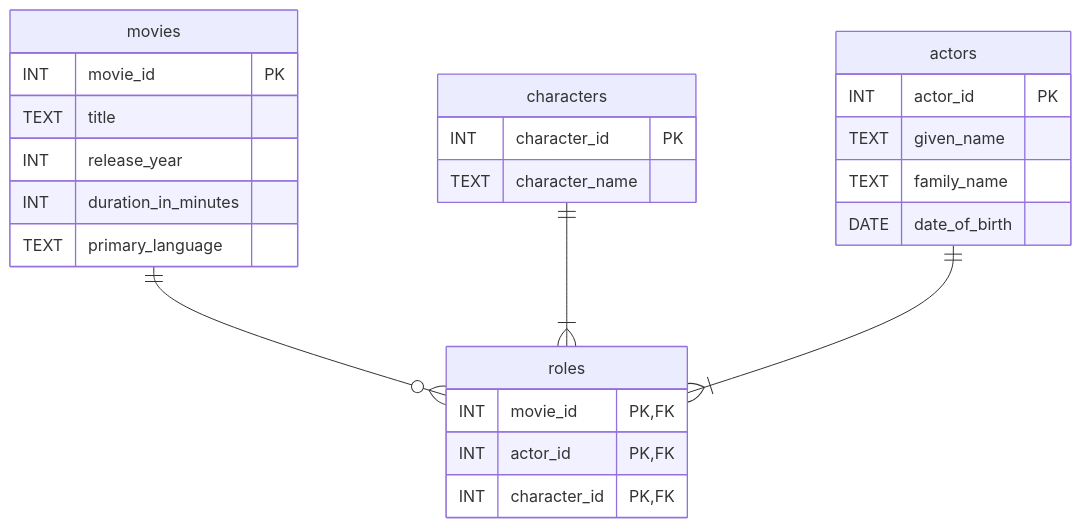
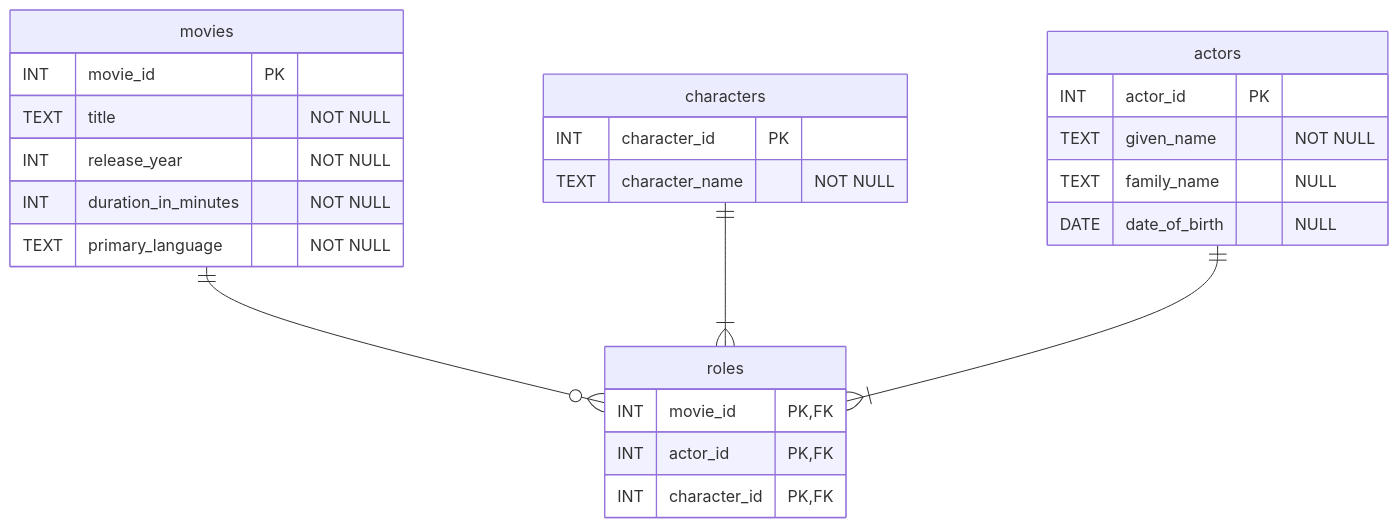
Before and after one commit to mmantle-hud/githubpages: the second of 2 diagrams in module_4_database_design/4.2_database_design_techniques/4.2.3_n-ary_relationships.md, drawn with Mermaid. The commit also changed other lines of this file and 3 other files, not shown here.

````diff
--- a/module_4_database_design/4.2_database_design_techniques/4.2.3_n-ary_relationships.md
+++ b/module_4_database_design/4.2_database_design_techniques/4.2.3_n-ary_relationships.md
@@ -105,33 +109,33 @@
-```mermaid
+<pre class="mermaid">
 erDiagram
     accTitle: Logical model for MyMovie Diary.
     accDescr: Logical model showing movies, characters actors and roles.
     movies ||--o{roles: ""
     characters ||--|{roles : ""
     actors ||--|{roles : ""
 
     
     movies {
         INT movie_id PK
-        TEXT title
-        INT release_year
-        INT duration_in_minutes
-        TEXT primary_language  
+        TEXT title "NOT NULL"
+        INT release_year "NOT NULL"
+        INT duration_in_minutes "NOT NULL"
+        TEXT primary_language "NOT NULL"  
     }
     roles{
         INT movie_id PK,FK
         INT actor_id PK, FK
         INT character_id PK, FK
     }
     characters {
         INT character_id PK
-        TEXT character_name
+        TEXT character_name "NOT NULL"
     }
     
     actors {
         INT actor_id PK
-        TEXT given_name
-        TEXT family_name
-        DATE date_of_birth
+        TEXT given_name "NOT NULL"
+        TEXT family_name "NULL"
+        DATE date_of_birth "NULL"
     }
-```
+</pre>
````
